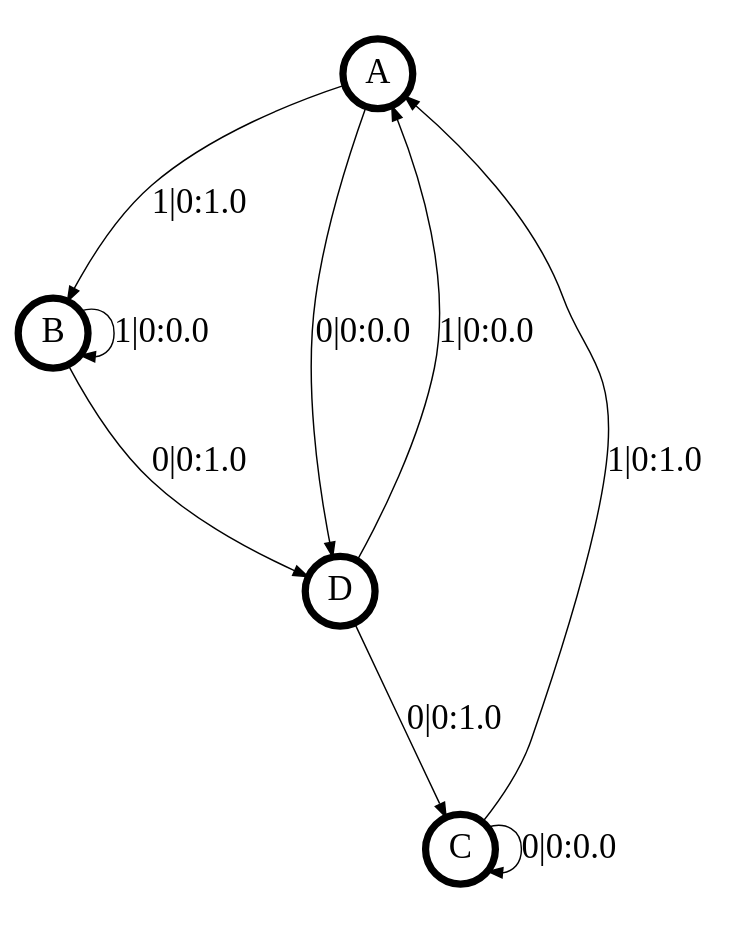
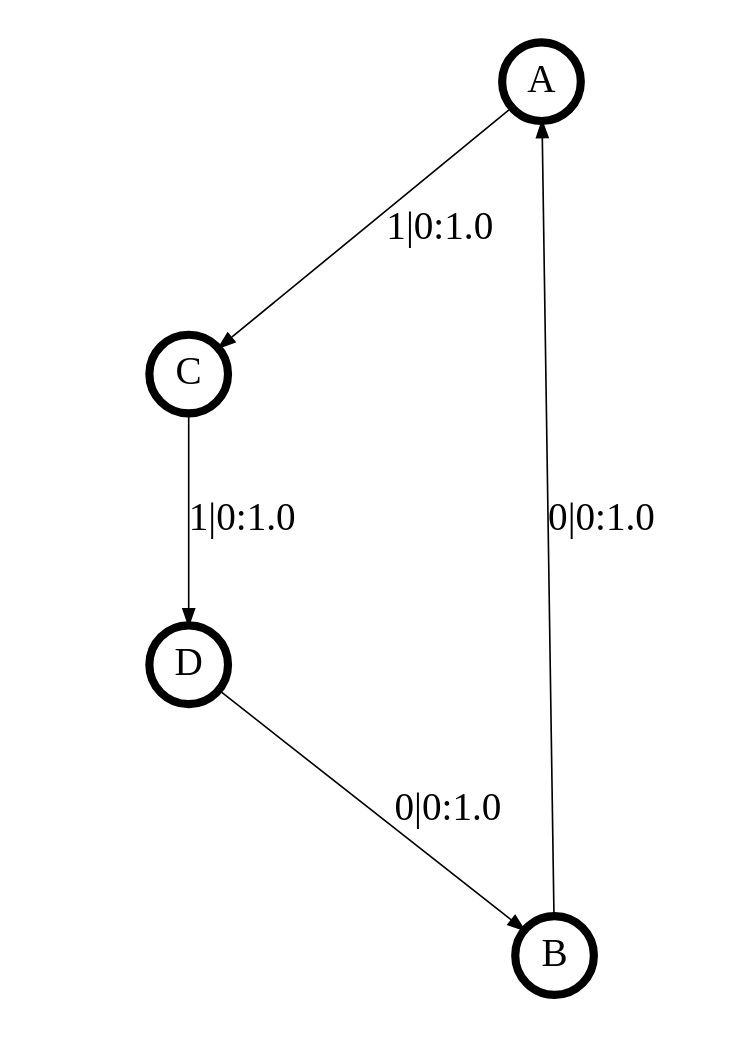
The diagram in transCSSR_results/+period4.dot (ddarmon/transCSSR), drawn with Graphviz before and after one commit. The commit also changed 15 other files, not shown here.

```diff
--- a/transCSSR_results/+period4.dot
+++ b/transCSSR_results/+period4.dot
@@ -1,20 +1,16 @@
 digraph  {
 size = "6,8.5";
 ratio = "fill";
 node
 [shape = circle];
 node [fontsize = 24];
 node [penwidth = 5];
 edge [fontsize = 24];
 node [fontname = "CMU Serif Roman"];
 graph [fontname = "CMU Serif Roman"];
 edge [fontname = "CMU Serif Roman"];
-A -> B [label = "1|0:1.0\l"];
-A -> D [label = "0|0:0.0\l"];
-B -> B [label = "1|0:0.0\l"];
-B -> D [label = "0|0:1.0\l"];
-C -> A [label = "1|0:1.0\l"];
-C -> C [label = "0|0:0.0\l"];
-D -> A [label = "1|0:0.0\l"];
-D -> C [label = "0|0:1.0\l"];
+A -> C [label = "1|0:1.0\l"];
+B -> A [label = "0|0:1.0\l"];
+C -> D [label = "1|0:1.0\l"];
+D -> B [label = "0|0:1.0\l"];
 }
```
